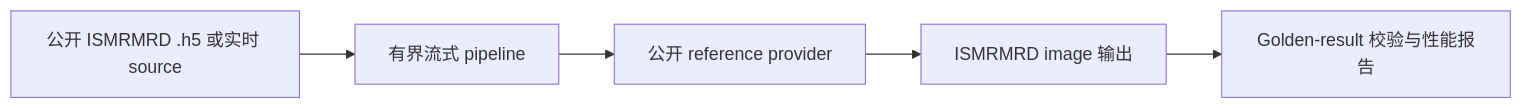
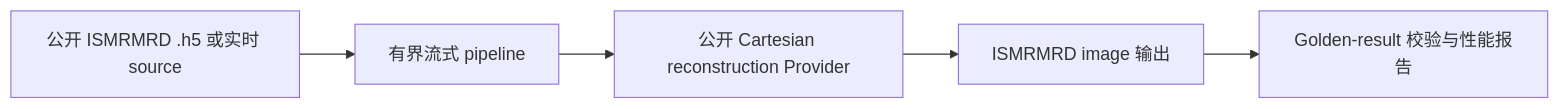
Before and after one commit to isqiwen/KSpaceJet: the first of 10 diagrams in docs/architecture/streaming_reconstruction_framework_plan.md, drawn with Mermaid. The commit also changed other lines of this file and 415 other files, not shown here.

Commit message:
feat: establish generic reconstruction operator pipeline

````diff
--- a/docs/architecture/streaming_reconstruction_framework_plan.md
+++ b/docs/architecture/streaming_reconstruction_framework_plan.md
@@ -18,7 +18,7 @@
 ```mermaid
 flowchart LR
     inputSource["公开 ISMRMRD .h5 或实时 source"] --> boundedPipeline["有界流式 pipeline"]
-    boundedPipeline --> referenceProvider["公开 reference provider"]
-    referenceProvider --> imageOutput["ISMRMRD image 输出"]
+    boundedPipeline --> cartesianReconProvider["公开 Cartesian reconstruction Provider"]
+    cartesianReconProvider --> imageOutput["ISMRMRD image 输出"]
     imageOutput --> validationReport["Golden-result 校验与性能报告"]
 ```
````
